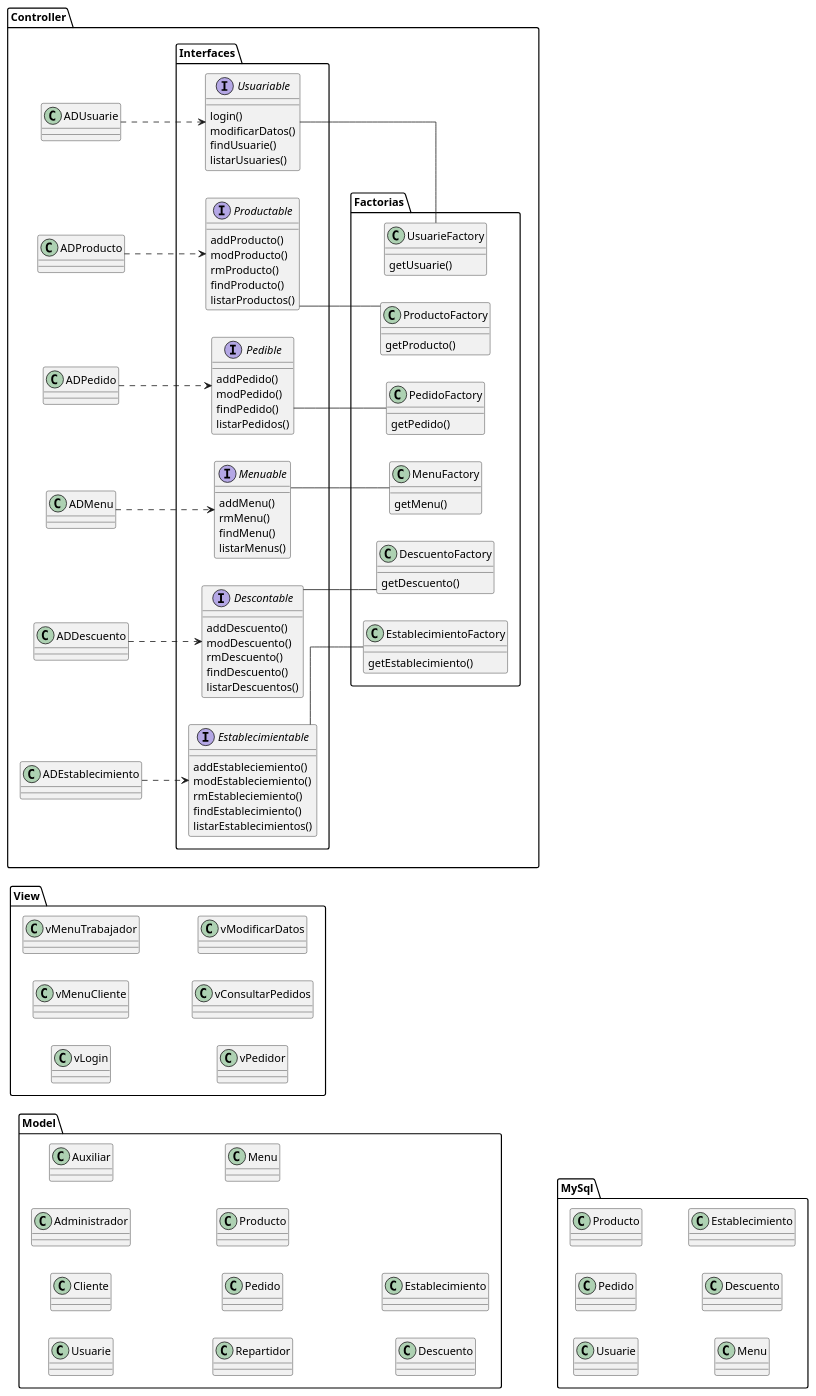
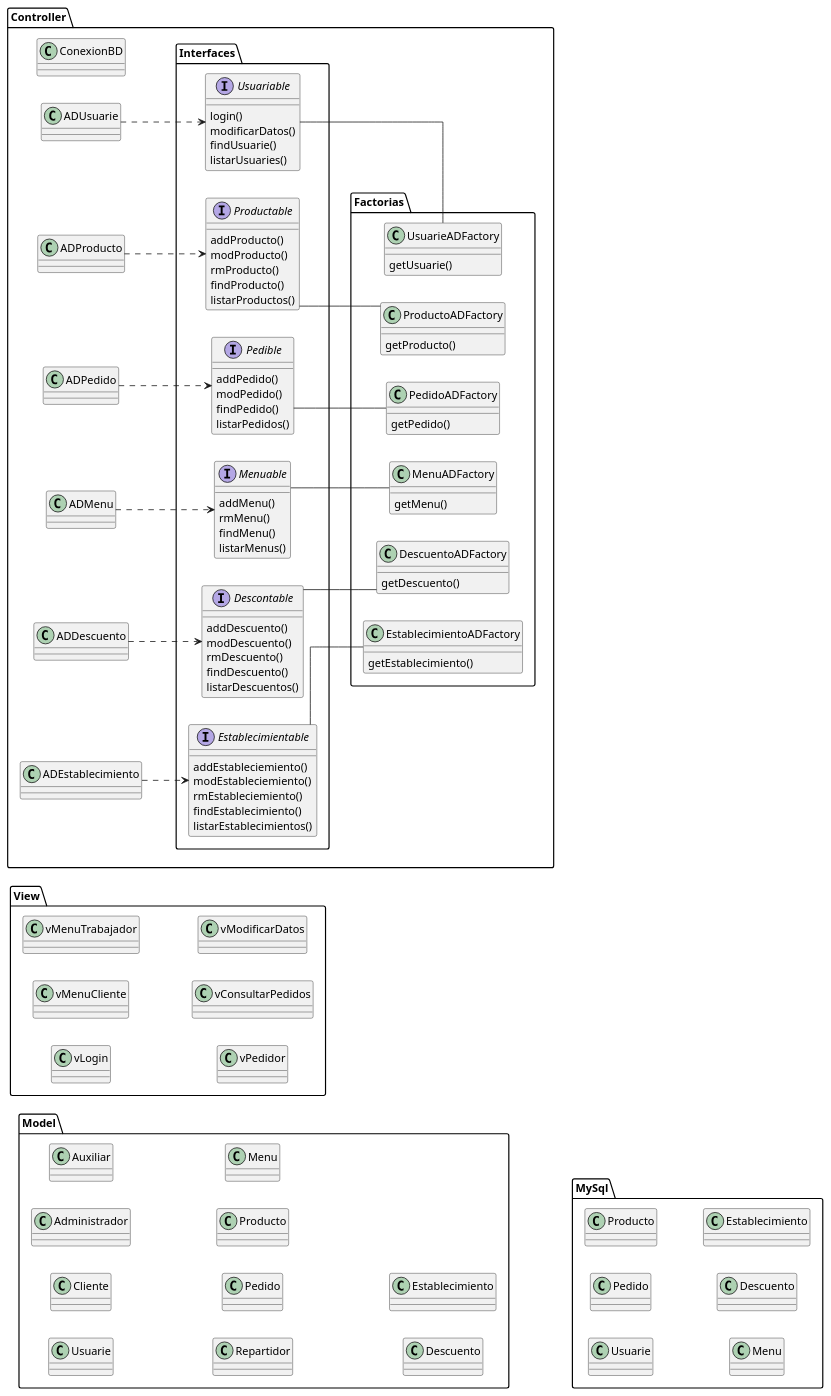
Before and after one commit to joana-renteria/taco.bell: the diagram in uml/as.uml.puml, drawn with PlantUML.

Commit message:
cambiar el nombre de las factorias: *Factory -> *ADFactory

```diff
--- a/uml/as.uml.puml
+++ b/uml/as.uml.puml
@@ -1,145 +1,142 @@
 @startuml
 
 left to right direction
 
 skinparam linetype ortho
 
 package "Model" {
 	class Usuarie {
 	}
 	class Cliente {
 	}
 	class Administrador {
 	}
 	class Auxiliar {
 	}
 	class Repartidor {
 	}
 	class Pedido {
 	}
 	class Producto {
 	}
 	class Menu {
 	}
 	class Descuento {
 	}
 	class Establecimiento {
 	}
 }
 
 package "View" {
 	class vLogin
 	class vMenuCliente
 	class vMenuTrabajador
 	class vPedidor
 	class vConsultarPedidos
 	class vModificarDatos
 }
 
 package "Controller" {
-	class ADUsuarie {
-	}
-	class ADProducto {
-	}
-	class ADPedido {
-	}
-	class ADMenu{
-	}
-	class ADDescuento {
-	}
-	class ADEstablecimiento {
-	}
+	class ConexionBD
+
+	class ADUsuarie 
+	class ADProducto 
+	class ADPedido 
+	class ADMenu
+	class ADDescuento 
+	class ADEstablecimiento 
+
 	package "Interfaces" {
 		interface Usuariable {
 			login()
 			modificarDatos()
 			findUsuarie()
 			listarUsuaries()
 		}
 		interface Descontable {
 			addDescuento()
 			modDescuento()
 			rmDescuento()
 			findDescuento()
 			listarDescuentos()
 		}
 		interface Pedible {
 			addPedido()
 			modPedido()
 			findPedido()
 			listarPedidos()
 		}
 		interface Establecimientable {
 			addEstableciemiento()
 			modEstableciemiento()
 			rmEstableciemiento()
 			findEstablecimiento()
 			listarEstablecimientos()
 		}
 		interface Menuable {
 			addMenu()
 			rmMenu()
 			findMenu()
 			listarMenus()
 		}
 		interface Productable {
 			addProducto()
 			modProducto()
 			rmProducto()
 			findProducto()
 			listarProductos()
 		}
 	}
 
 	package "Factorias" {
-		class UsuarieFactory {
+		class UsuarieADFactory {
 			getUsuarie()
 		}
-		class ProductoFactory {
+		class ProductoADFactory {
 			getProducto()
 		}
-		class PedidoFactory {
+		class PedidoADFactory {
 			getPedido()
 		}
-		class MenuFactory {
+		class MenuADFactory {
 			getMenu()
 		}
-		class DescuentoFactory {
+		class DescuentoADFactory {
 			getDescuento()
 		}
-		class EstablecimientoFactory {
+		class EstablecimientoADFactory {
 			getEstablecimiento()
 		}
 	}
 }
 
 package "MySql" {
 		class Usuarie {
 		}
 		class Pedido {
 		}
 		class Producto {
 		}
 		class Menu {
 		}
 		class Descuento {
 		}
 		class Establecimiento {
 		}
 }
 
 ADUsuarie ..> Usuariable
 ADProducto ..> Productable
 ADPedido ..> Pedible
 ADMenu ..> Menuable
 ADDescuento ..> Descontable
 ADEstablecimiento ..> Establecimientable
 
-Usuariable -- UsuarieFactory
-Productable -- ProductoFactory
-Pedible -- PedidoFactory
-Menuable -- MenuFactory
-Descontable -- DescuentoFactory
-Establecimientable -- EstablecimientoFactory
+Usuariable -- UsuarieADFactory
+Productable -- ProductoADFactory
+Pedible -- PedidoADFactory
+Menuable -- MenuADFactory
+Descontable -- DescuentoADFactory
+Establecimientable -- EstablecimientoADFactory
 
 @enduml
```
